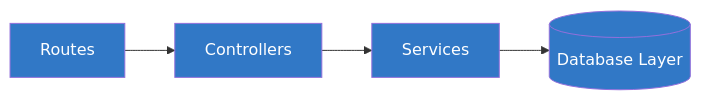
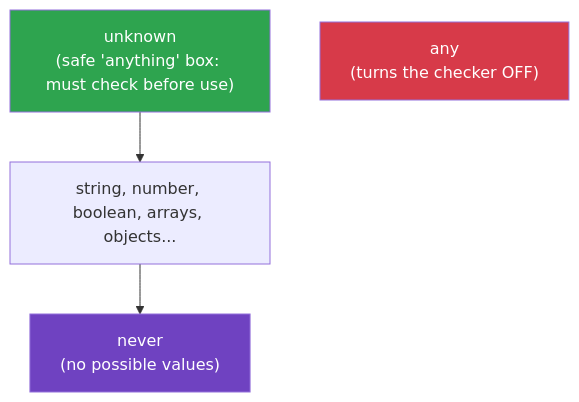
Before and after one commit to jeromelarens/TypeScript-Notes: the third of 6 diagrams in README.md, drawn with Mermaid. The commit also changed other lines of this file, not shown here.

````diff
--- a/README.md
+++ b/README.md
@@ -178,10 +819,10 @@
 ```mermaid
-flowchart LR
-    A[Routes] --> B[Controllers]
-    B --> C[Services]
-    C --> D[(Database Layer)]
-    style A fill:#3178C6,color:#fff
-    style B fill:#3178C6,color:#fff
-    style C fill:#3178C6,color:#fff
-    style D fill:#3178C6,color:#fff
+flowchart TD
+    U["unknown<br/>(safe 'anything' box: must check before use)"]
+    U --> T["string, number, boolean, arrays, objects..."]
+    T --> N["never<br/>(no possible values)"]
+    A["any<br/>(turns the checker OFF)"]
+    style U fill:#2ea44f,color:#fff
+    style A fill:#d73a49,color:#fff
+    style N fill:#6f42c1,color:#fff
 ```
````
